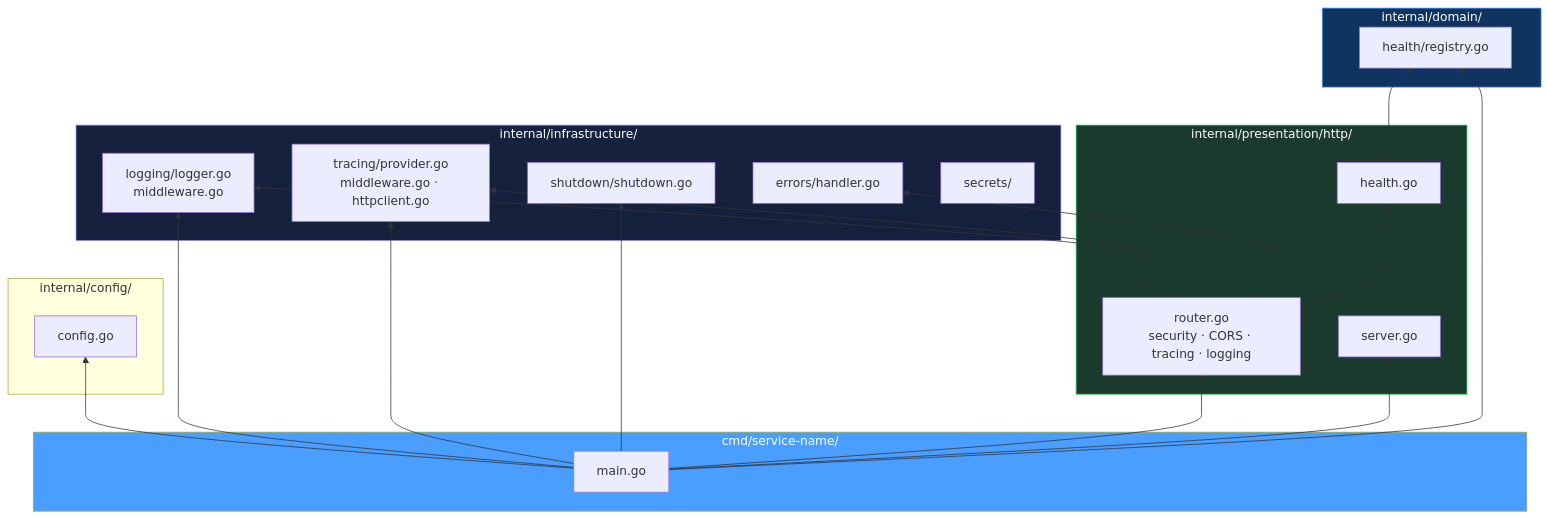
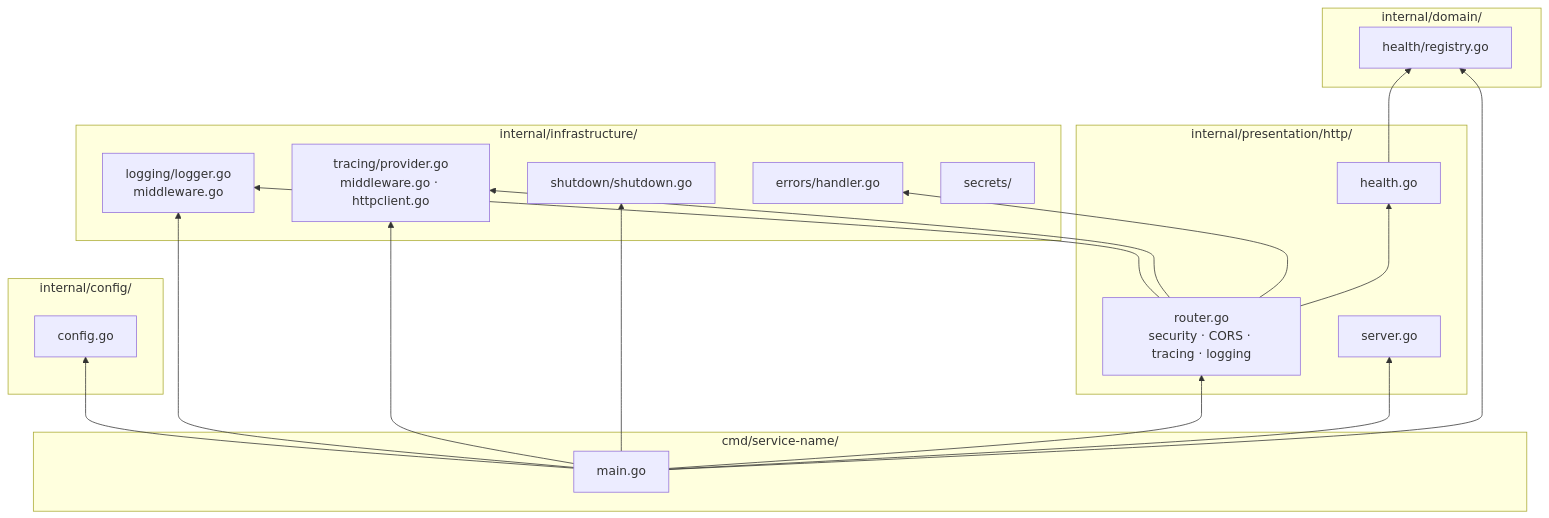
Before and after one commit to theheadlessengineer/crux: diagram 14 of 15 in docs/architecture-diagrams.md, drawn with Mermaid. The commit also changed other lines of this file and 1 other file, not shown here.

````diff
--- a/docs/architecture-diagrams.md
+++ b/docs/architecture-diagrams.md
@@ -606,48 +576,43 @@
 ```mermaid
 graph BT
     subgraph CMD["cmd/service-name/"]
         MAIN["main.go"]
     end
 
     subgraph PRES_SVC["internal/presentation/http/"]
         ROUTER["router.go\nsecurity · CORS · tracing · logging"]
         HEALTH_H["health.go"]
         SERVER["server.go"]
     end
 
     subgraph DOMAIN_SVC["internal/domain/"]
         HEALTH_R["health/registry.go"]
     end
 
     subgraph INFRA_SVC["internal/infrastructure/"]
         LOG["logging/logger.go\nmiddleware.go"]
         TRACE["tracing/provider.go\nmiddleware.go · httpclient.go"]
         SHUT["shutdown/shutdown.go"]
         ERR["errors/handler.go"]
         SEC["secrets/"]
     end
 
     subgraph CFG["internal/config/"]
         CONFIG["config.go"]
     end
 
     MAIN --> CONFIG
     MAIN --> LOG
     MAIN --> TRACE
     MAIN --> HEALTH_R
     MAIN --> ROUTER
     MAIN --> SERVER
     MAIN --> SHUT
 
     ROUTER --> LOG
     ROUTER --> TRACE
     ROUTER --> HEALTH_H
     ROUTER --> ERR
 
     HEALTH_H --> HEALTH_R
-
-    style CMD fill:#4a9eff,color:#fff
-    style DOMAIN_SVC fill:#0f3460,color:#fff,stroke:#4a9eff
-    style INFRA_SVC fill:#16213e,color:#fff,stroke:#a78bfa
-    style PRES_SVC fill:#1a3a2e,color:#fff,stroke:#22c55e
 ```
````
